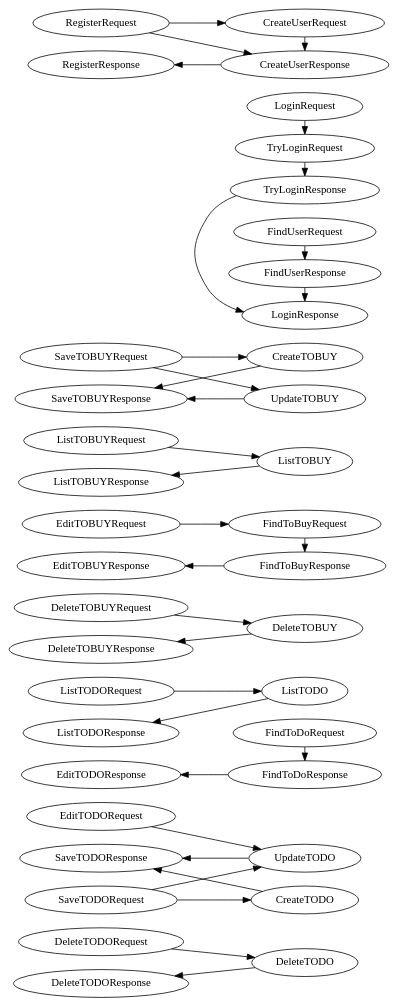
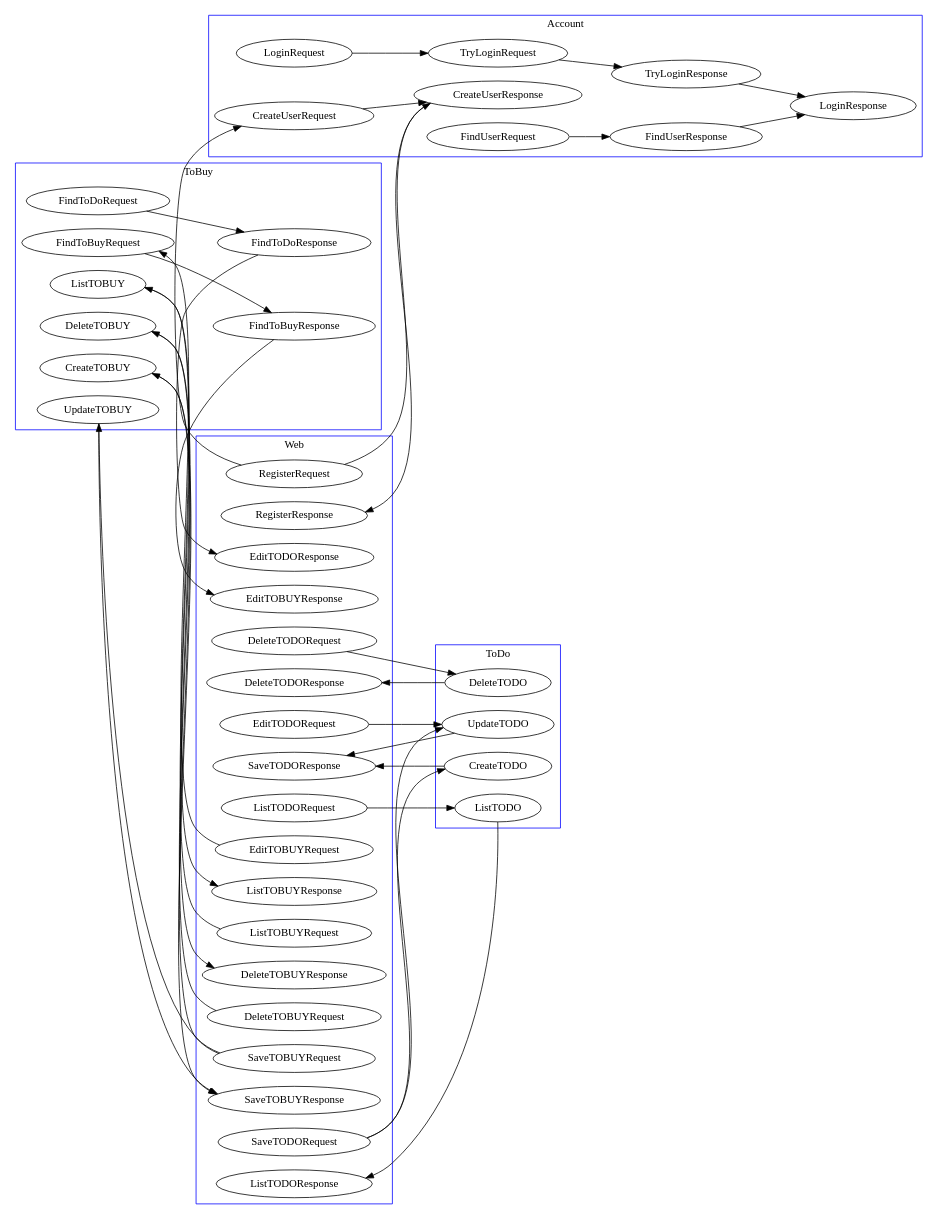
One commit to RouR/ToDo-ToBuy changed the diagram in DTO_routing.dot. Above: the diagram before and after it, drawn with Graphviz. The commit also changed 5 other files, not shown here.

```diff
--- a/DTO_routing.dot
+++ b/DTO_routing.dot
@@ -176,15 +176,10 @@
 
 
 
-subgraph ce0553af55c74b8ba7273fa3e484df53 {
-
-
 
 DTO_Public_TODO_DeleteTODORequest -> DTO_Internal_TODO_DeleteTODO[color="black"];
 
 DTO_Internal_TODO_DeleteTODO -> DTO_Public_TODO_DeleteTODOResponse[color="black"];
-
-}
 
 
 
@@ -192,15 +187,10 @@
 
 
 
-subgraph afe9b38ed42d428e81bbd5ac5fafc1a9 {
-
-
 
 DTO_Internal_TODO_FindToDoRequest -> DTO_Internal_TODO_FindToDoResponse[color="black"];
 
 DTO_Internal_TODO_FindToDoResponse -> DTO_Public_TODO_EditTODOResponse[color="black"];
-
-}
 
 
 
@@ -208,23 +198,15 @@
 
 
 
-subgraph _4cbc099f81454ab88c7d7b29a9dc5674 {
-
-
 
 DTO_Public_TODO_ListTODORequest -> DTO_Internal_TODO_ListTODO[color="black"];
 
 DTO_Internal_TODO_ListTODO -> DTO_Public_TODO_ListTODOResponse[color="black"];
 
-}
 
 
 
 
-
-
-
-subgraph _75e3c18382b340c5bc733a01b6588a9b {
 
 
 
@@ -238,15 +220,10 @@
 
 DTO_Internal_TODO_UpdateTODO -> DTO_Public_TODO_SaveTODOResponse[color="black"];
 
-}
 
 
 
 
-
-
-
-subgraph a4718df7570446ceb9ffc43fa5c29e6f {
 
 
 
@@ -258,7 +235,6 @@
 
 DTO_Internal_TOBUY_UpdateTOBUY -> DTO_Public_TOBUY_SaveTOBUYResponse[color="black"];
 
-}
 
 
 
@@ -266,23 +242,14 @@
 
 
 
-subgraph _7cdd7b45a93540ba8d401025e77dcd8e {
-
-
-
 DTO_Public_TOBUY_DeleteTOBUYRequest -> DTO_Internal_TOBUY_DeleteTOBUY[color="black"];
 
 DTO_Internal_TOBUY_DeleteTOBUY -> DTO_Public_TOBUY_DeleteTOBUYResponse[color="black"];
-
-}
 
 
 
 
 
-
-
-subgraph _4616dbb8e0bb4ca98add1a90bdcfec8d {
 
 
 
@@ -292,7 +259,6 @@
 
 DTO_Internal_TOBUY_FindToBuyResponse -> DTO_Public_TOBUY_EditTOBUYResponse[color="black"];
 
-}
 
 
 
@@ -300,23 +266,14 @@
 
 
 
-subgraph _5130ce7ceb93495ea0fc4ff6d721a04a {
-
-
-
 DTO_Public_TOBUY_ListTOBUYRequest -> DTO_Internal_TOBUY_ListTOBUY[color="black"];
 
 DTO_Internal_TOBUY_ListTOBUY -> DTO_Public_TOBUY_ListTOBUYResponse[color="black"];
-
-}
 
 
 
 
 
-
-
-subgraph _411c0f5762fa4168b008aac0f8a0ae1c {
 
 
 
@@ -328,15 +285,10 @@
 
 DTO_Internal_Account_CreateUserResponse -> DTO_Public_Account_RegisterResponse[color="black"];
 
-}
 
 
 
 
-
-
-
-subgraph _547d21392e06463bbc4e5a21e1c739fe {
 
 
 
@@ -350,20 +302,58 @@
 
 DTO_Internal_Account_TryLoginResponse -> DTO_Public_Account_LoginResponse[color="black"];
 
+
+
+
+ subgraph cluster_0{	 /* ServiceName Web*/ rank=same;
+
+	 node [style=filled];
+
+	 color=blue;
+
+	 label = "Web";
+
+
+DTO_Public_TODO_DeleteTODORequest, DTO_Public_TODO_DeleteTODOResponse, DTO_Public_TODO_EditTODORequest, DTO_Public_TODO_EditTODOResponse, DTO_Public_TODO_ListTODORequest, DTO_Public_TODO_ListTODOResponse, DTO_Public_TODO_SaveTODORequest, DTO_Public_TODO_SaveTODOResponse, DTO_Public_TOBUY_DeleteTOBUYRequest, DTO_Public_TOBUY_DeleteTOBUYResponse, DTO_Public_TOBUY_EditTOBUYRequest, DTO_Public_TOBUY_EditTOBUYResponse, DTO_Public_TOBUY_ListTOBUYRequest, DTO_Public_TOBUY_ListTOBUYResponse, DTO_Public_TOBUY_SaveTOBUYRequest, DTO_Public_TOBUY_SaveTOBUYResponse, DTO_Public_Account_RegisterRequest, DTO_Public_Account_RegisterResponse
+}
+
+ subgraph cluster_1{	 /* ServiceName Account*/ rank=same;
+
+	 node [style=filled];
+
+	 color=blue;
+
+	 label = "Account";
+
+
+DTO_Public_Account_LoginRequest, DTO_Public_Account_LoginResponse, DTO_Internal_Account_CreateUserRequest, DTO_Internal_Account_CreateUserResponse, DTO_Internal_Account_FindUserRequest, DTO_Internal_Account_FindUserResponse, DTO_Internal_Account_TryLoginRequest, DTO_Internal_Account_TryLoginResponse
+}
+
+ subgraph cluster_2{	 /* ServiceName ToDo*/ rank=same;
+
+	 node [style=filled];
+
+	 color=blue;
+
+	 label = "ToDo";
+
+
+DTO_Internal_TODO_CreateTODO, DTO_Internal_TODO_DeleteTODO, DTO_Internal_TODO_ListTODO, DTO_Internal_TODO_UpdateTODO
+}
+
+ subgraph cluster_3{	 /* ServiceName ToBuy*/ rank=same;
+
+	 node [style=filled];
+
+	 color=blue;
+
+	 label = "ToBuy";
+
+
+DTO_Internal_TODO_FindToDoRequest, DTO_Internal_TODO_FindToDoResponse, DTO_Internal_TOBUY_CreateTOBUY, DTO_Internal_TOBUY_DeleteTOBUY, DTO_Internal_TOBUY_FindToBuyRequest, DTO_Internal_TOBUY_FindToBuyResponse, DTO_Internal_TOBUY_ListTOBUY, DTO_Internal_TOBUY_UpdateTOBUY
 }
 
 
 
 
-{/* ServiceName Web*/ rank=same;DTO_Public_TODO_DeleteTODORequest, DTO_Public_TODO_DeleteTODOResponse, DTO_Public_TODO_EditTODORequest, DTO_Public_TODO_EditTODOResponse, DTO_Public_TODO_ListTODORequest, DTO_Public_TODO_ListTODOResponse, DTO_Public_TODO_SaveTODORequest, DTO_Public_TODO_SaveTODOResponse, DTO_Public_TOBUY_DeleteTOBUYRequest, DTO_Public_TOBUY_DeleteTOBUYResponse, DTO_Public_TOBUY_EditTOBUYRequest, DTO_Public_TOBUY_EditTOBUYResponse, DTO_Public_TOBUY_ListTOBUYRequest, DTO_Public_TOBUY_ListTOBUYResponse, DTO_Public_TOBUY_SaveTOBUYRequest, DTO_Public_TOBUY_SaveTOBUYResponse, DTO_Public_Account_RegisterRequest, DTO_Public_Account_RegisterResponse}
-
-{/* ServiceName Account*/ rank=same;DTO_Public_Account_LoginRequest, DTO_Public_Account_LoginResponse, DTO_Internal_Account_CreateUserRequest, DTO_Internal_Account_CreateUserResponse, DTO_Internal_Account_FindUserRequest, DTO_Internal_Account_FindUserResponse, DTO_Internal_Account_TryLoginRequest, DTO_Internal_Account_TryLoginResponse}
-
-{/* ServiceName ToDo*/ rank=same;DTO_Internal_TODO_CreateTODO, DTO_Internal_TODO_DeleteTODO, DTO_Internal_TODO_ListTODO, DTO_Internal_TODO_UpdateTODO}
-
-{/* ServiceName ToBuy*/ rank=same;DTO_Internal_TODO_FindToDoRequest, DTO_Internal_TODO_FindToDoResponse, DTO_Internal_TOBUY_CreateTOBUY, DTO_Internal_TOBUY_DeleteTOBUY, DTO_Internal_TOBUY_FindToBuyRequest, DTO_Internal_TOBUY_FindToBuyResponse, DTO_Internal_TOBUY_ListTOBUY, DTO_Internal_TOBUY_UpdateTOBUY}
-
-
-
-
 }
```
